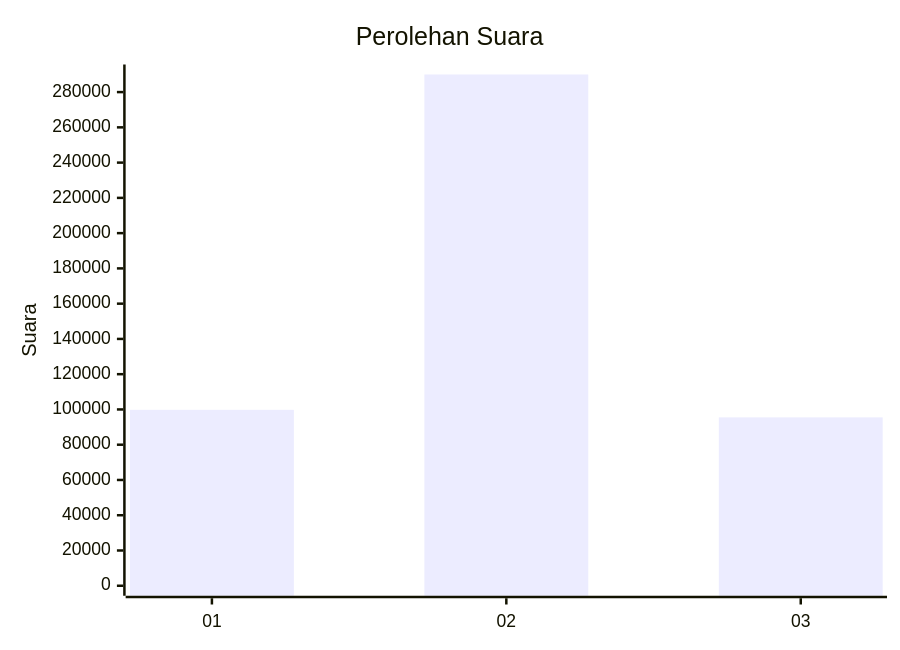
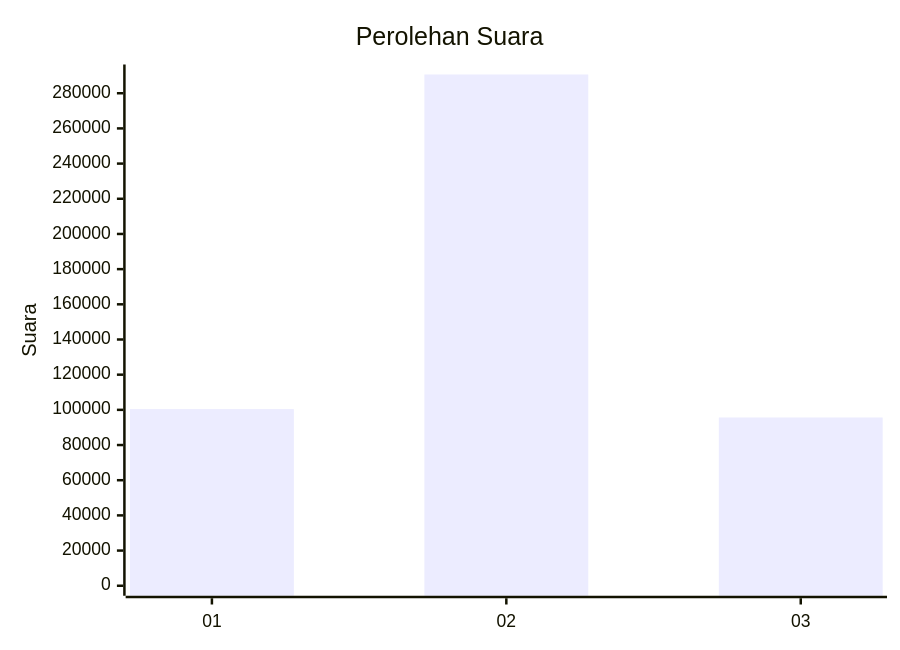
The first of 2 diagrams in pilpres/hitung-suara/sub/table-wilayah-99.md (gigit-pemilu/pemilu-2024), drawn with Mermaid before and after one commit. The commit also changed other lines of this file and 6 other files, not shown here.

````diff
--- a/pilpres/hitung-suara/sub/table-wilayah-99.md
+++ b/pilpres/hitung-suara/sub/table-wilayah-99.md
@@ -7,7 +7,7 @@
 ```mermaid
 xychart-beta
     title "Perolehan Suara"
     x-axis [01, 02, 03]
-    y-axis "Suara" 0 --> 289979
-    bar [99782, 289979, 95498]
+    y-axis "Suara" 0 --> 290651
+    bar [100431, 290651, 95651]
 ```
````
